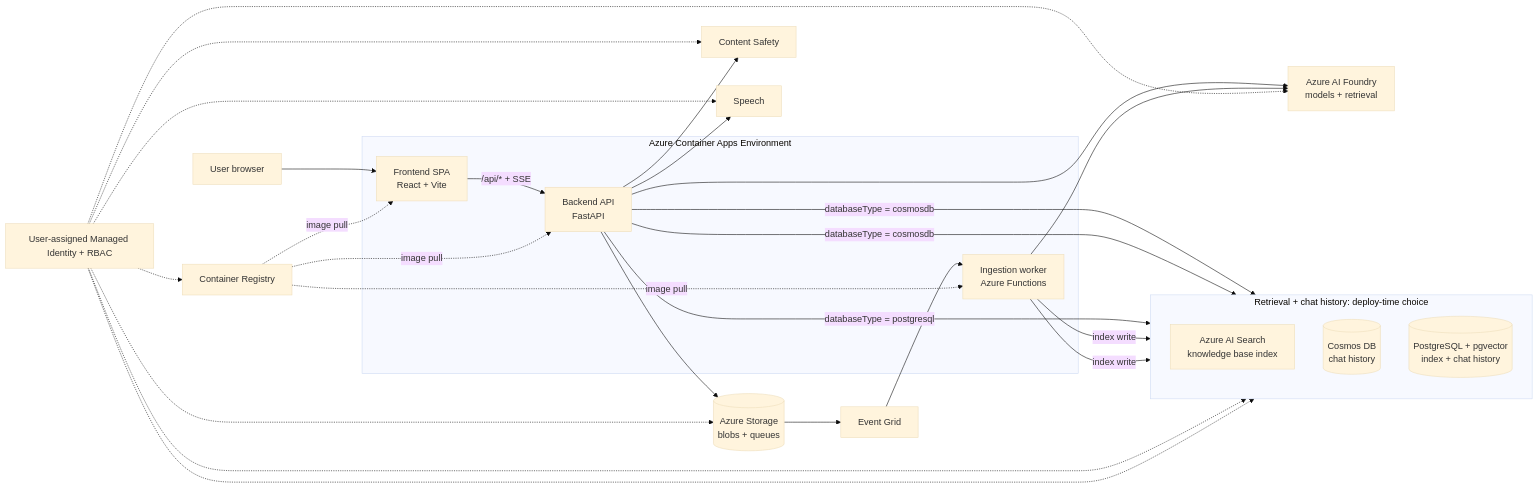
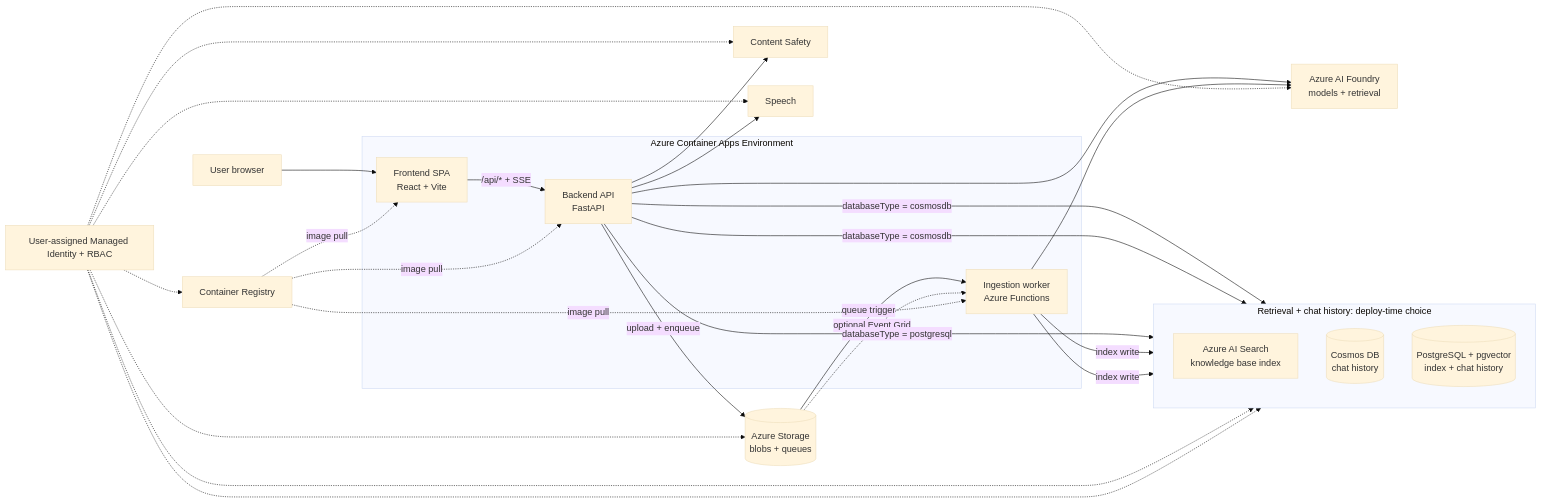
The diagram in README.md (PadhiAjit-Microsoft/chat-with-your-data-solution-accelerator), drawn with Mermaid (base theme) before and after one commit. The commit also changed other lines of this file and 19 other files, not shown here.

````diff
--- a/README.md
+++ b/README.md
@@ -27,37 +27,38 @@
 ```mermaid
 flowchart LR
   U[User browser] --> FE[Frontend SPA<br/>React + Vite]
   subgraph ACA[Azure Container Apps Environment]
     FE
     BE[Backend API<br/>FastAPI]
     FN[Ingestion worker<br/>Azure Functions]
   end
   FE -->|/api/* + SSE| BE
   BE --> FDRY[Azure AI Foundry<br/>models + retrieval]
   BE --> CS[Content Safety]
   BE --> SPX[Speech]
-  BE --> STORE[(Azure Storage<br/>blobs + queues)]
-  STORE --> EG[Event Grid] --> FN
+  BE -->|upload + enqueue| STORE[(Azure Storage<br/>blobs + queues)]
+  STORE -->|queue trigger| FN
+  STORE -.optional Event Grid.-> FN
   FN --> FDRY
   subgraph STORES[Retrieval + chat history: deploy-time choice]
     direction TB
     SEARCH[Azure AI Search<br/>knowledge base index]
     COSMOS[(Cosmos DB<br/>chat history)]
     PG[(PostgreSQL + pgvector<br/>index + chat history)]
   end
   BE -->|databaseType = cosmosdb| SEARCH
   BE -->|databaseType = cosmosdb| COSMOS
   BE -->|databaseType = postgresql| PG
   FN -->|index write| SEARCH
   FN -->|index write| PG
   MI[User-assigned Managed Identity + RBAC] -.-> FDRY
   MI -.-> SEARCH
   MI -.-> PG
   MI -.-> STORE
   MI -.-> CS
   MI -.-> SPX
   MI -.-> ACR[Container Registry]
   ACR -.image pull.-> FE
   ACR -.image pull.-> BE
   ACR -.image pull.-> FN
 ```
````
